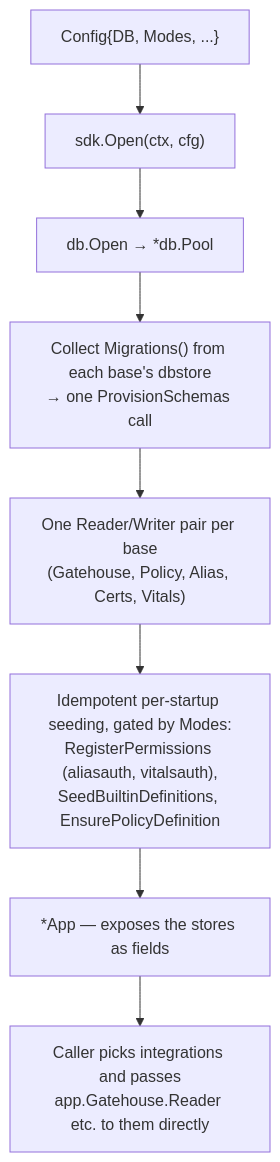
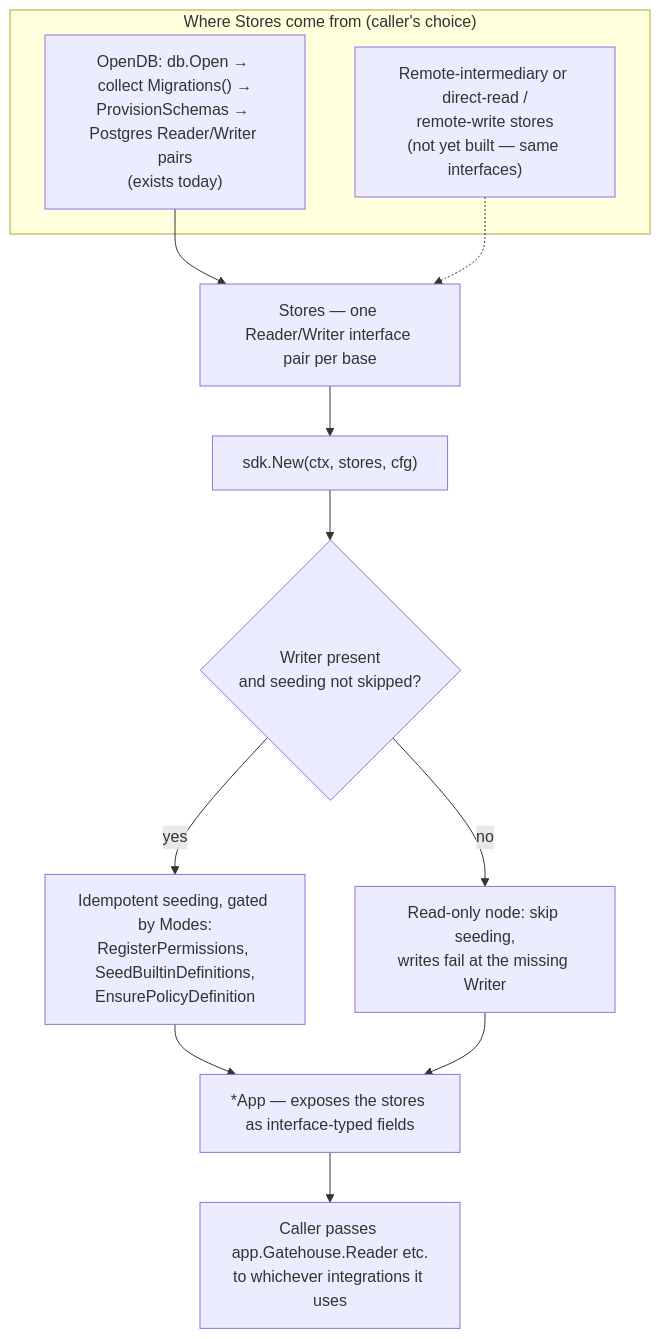
Before and after one commit to croge130/archipelago: the diagram in docs/architecture/17-sdk-model.md, drawn with Mermaid. The commit also changed other lines of this file and 1 other file, not shown here.

First line of the commit message:
17-sdk-model: make the SDK storage-agnostic, DB-backed provider optional

````diff
--- a/docs/architecture/17-sdk-model.md
+++ b/docs/architecture/17-sdk-model.md
@@ -70,13 +99,21 @@
 ```mermaid
 flowchart TB
-    CFG["Config{DB, Modes, ...}"]
-    OPEN["sdk.Open(ctx, cfg)"]
-    POOL["db.Open → *db.Pool"]
-    MIG["Collect Migrations() from each base's dbstore<br/>→ one ProvisionSchemas call"]
-    STORES["One Reader/Writer pair per base<br/>(Gatehouse, Policy, Alias, Certs, Vitals)"]
-    SEED["Idempotent per-startup seeding, gated by Modes:<br/>RegisterPermissions (aliasauth, vitalsauth),<br/>SeedBuiltinDefinitions, EnsurePolicyDefinition"]
-    APP["*App — exposes the stores as fields"]
-    CALLER["Caller picks integrations and passes<br/>app.Gatehouse.Reader etc. to them directly"]
+    subgraph PROVIDERS["Where Stores come from (caller's choice)"]
+        DBP["OpenDB: db.Open → collect Migrations() →<br/>ProvisionSchemas → Postgres Reader/Writer pairs<br/>(exists today)"]
+        REMOTE["Remote-intermediary or direct-read /<br/>remote-write stores<br/>(not yet built — same interfaces)"]
+    end
+    STORES["Stores — one Reader/Writer interface pair per base"]
+    NEW["sdk.New(ctx, stores, cfg)"]
+    CHECK{"Writer present<br/>and seeding not skipped?"}
+    SEED["Idempotent seeding, gated by Modes:<br/>RegisterPermissions, SeedBuiltinDefinitions,<br/>EnsurePolicyDefinition"]
+    NOSEED["Read-only node: skip seeding,<br/>writes fail at the missing Writer"]
+    APP["*App — exposes the stores as interface-typed fields"]
+    CALLER["Caller passes app.Gatehouse.Reader etc.<br/>to whichever integrations it uses"]
 
-    CFG --> OPEN --> POOL --> MIG --> STORES --> SEED --> APP --> CALLER
+    DBP --> STORES
+    REMOTE -.-> STORES
+    STORES --> NEW --> CHECK
+    CHECK -- "yes" --> SEED --> APP
+    CHECK -- "no" --> NOSEED --> APP
+    APP --> CALLER
 ```
````
